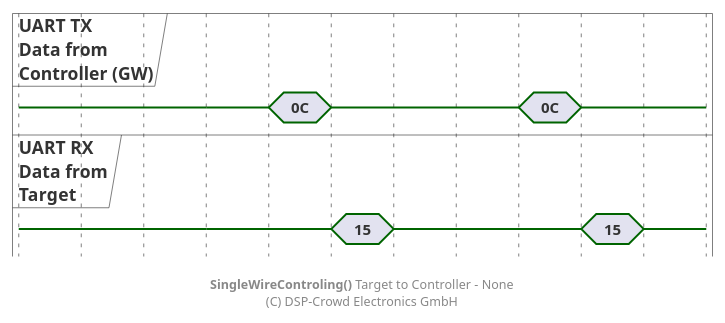
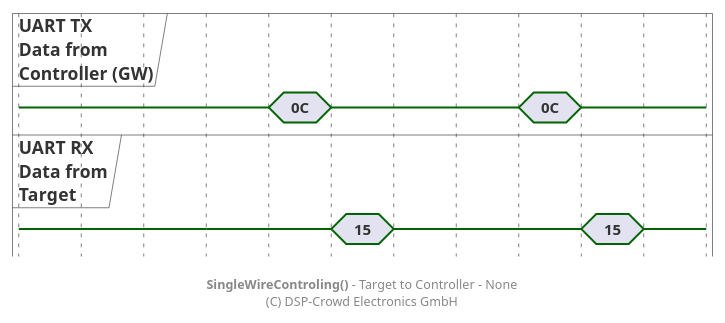
Before and after one commit to NoOrientationProgramming/code-orb: the diagram in doc/system/protocol/A0_swt-target-to-ctrl_none.pu, drawn with PlantUML. The commit also changed 15 other files, not shown here.

```diff
--- a/doc/system/protocol/A0_swt-target-to-ctrl_none.pu
+++ b/doc/system/protocol/A0_swt-target-to-ctrl_none.pu
@@ -2,38 +2,38 @@
 @startuml
 
 hide time-axis
 
 concise "UART TX\nData from\nController (GW)" as ctrl
 concise "UART RX\nData from\nTarget" as tar
 
 @0
 ctrl is {-}
 tar is {-}
 
 @+60
 ctrl is {-}
 tar is {-}
 
 @+20
 ctrl is "0C"
 
 @+20
 ctrl is {-}
 tar is "15"
 
 @+20
 tar is {-}
 
 @+40
 ctrl is "0C"
 
 @+20
 ctrl is {-}
 tar is "15"
 
 @+20
 tar is {-}
 
-footer **SingleWireControling()** Target to Controller - None\n(C) DSP-Crowd Electronics GmbH
+footer **SingleWireControling()** - Target to Controller - None\n(C) DSP-Crowd Electronics GmbH
 
 @enduml
```
